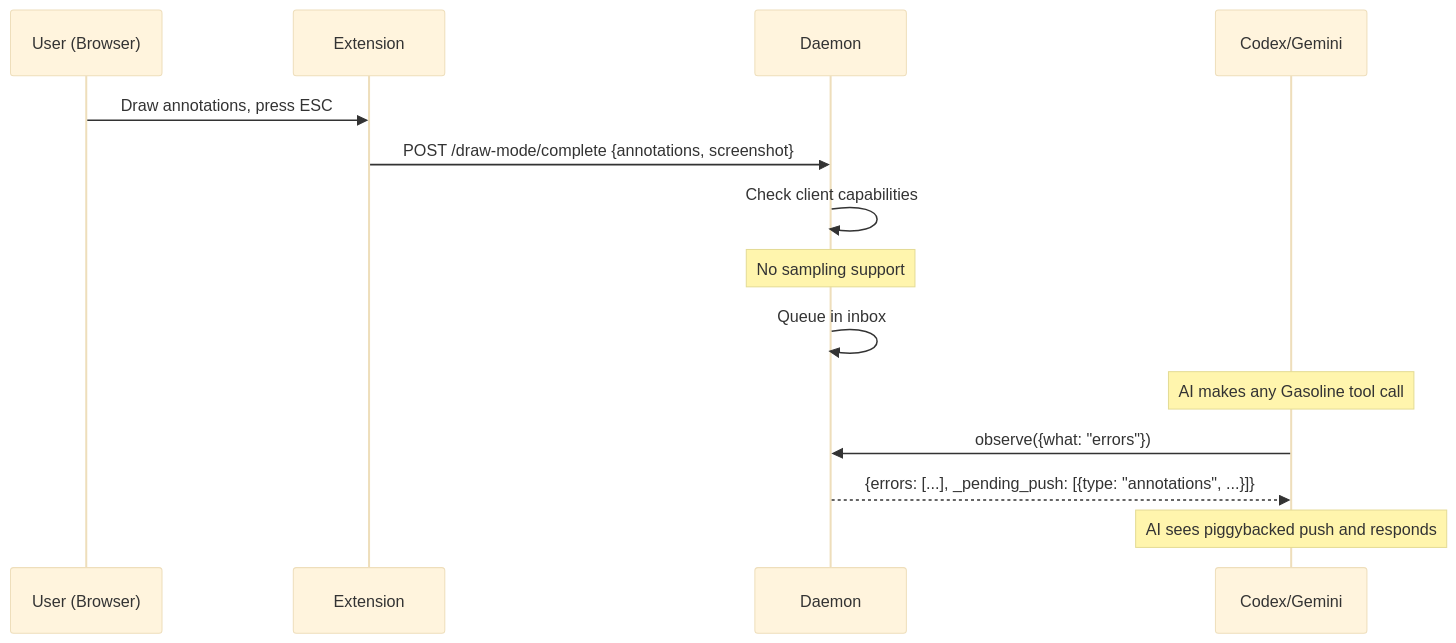
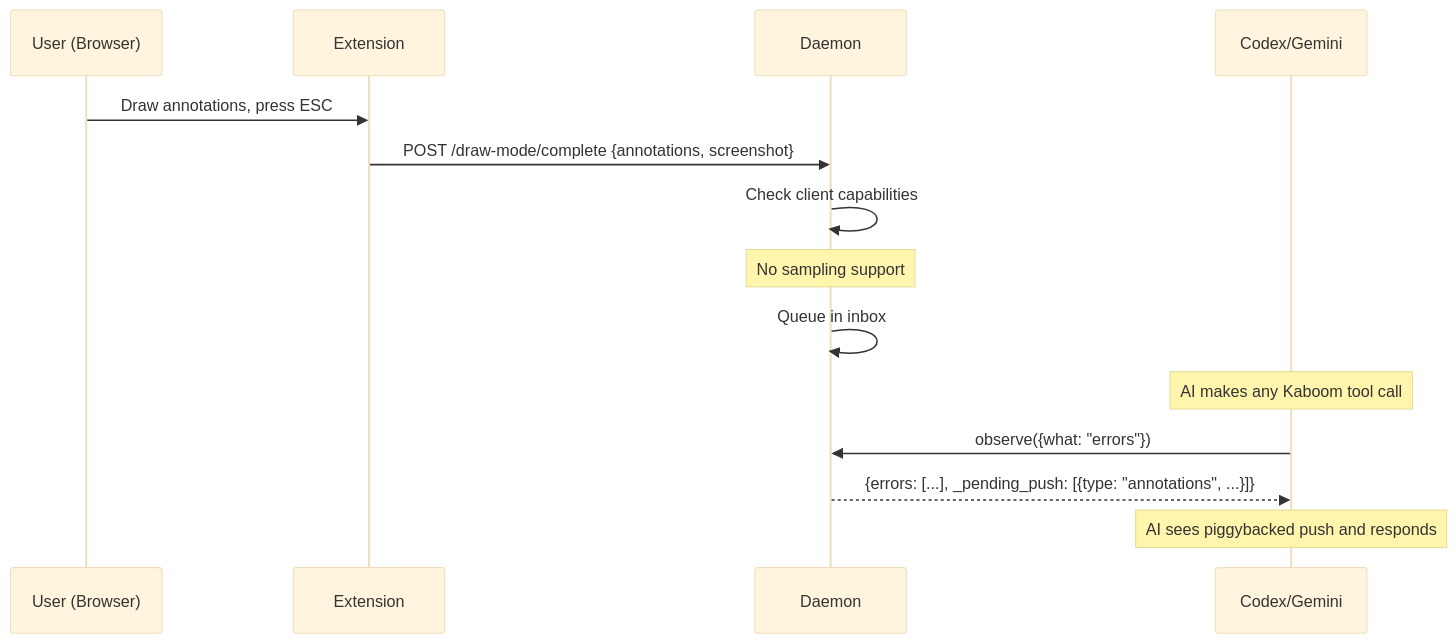
The second of 3 diagrams in docs/features/feature/browser-push/tech-spec.md (brennhill/gasoline-mcp-ai-devtools), drawn with Mermaid (base theme) before and after one commit. The commit also changed other lines of this file and 1983 other files, not shown here.

````diff
--- a/docs/features/feature/browser-push/tech-spec.md
+++ b/docs/features/feature/browser-push/tech-spec.md
@@ -83,17 +83,17 @@
 ```mermaid
 sequenceDiagram
     participant U as User (Browser)
     participant E as Extension
     participant D as Daemon
     participant C as Codex/Gemini
 
     U->>E: Draw annotations, press ESC
     E->>D: POST /draw-mode/complete {annotations, screenshot}
     D->>D: Check client capabilities
     Note over D: No sampling support
     D->>D: Queue in inbox
-    Note over C: AI makes any Gasoline tool call
+    Note over C: AI makes any Kaboom tool call
     C->>D: observe({what: "errors"})
     D-->>C: {errors: [...], _pending_push: [{type: "annotations", ...}]}
     Note over C: AI sees piggybacked push and responds
 ```
````
